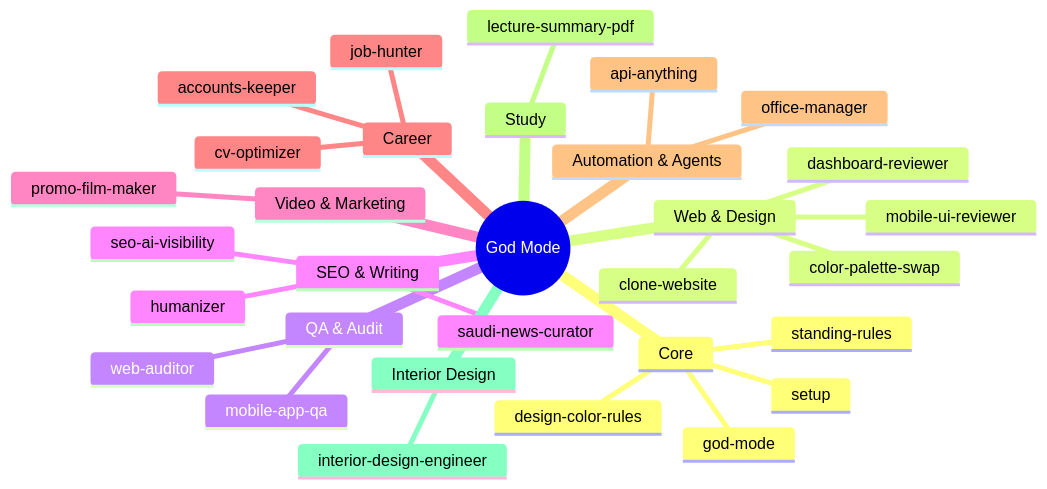
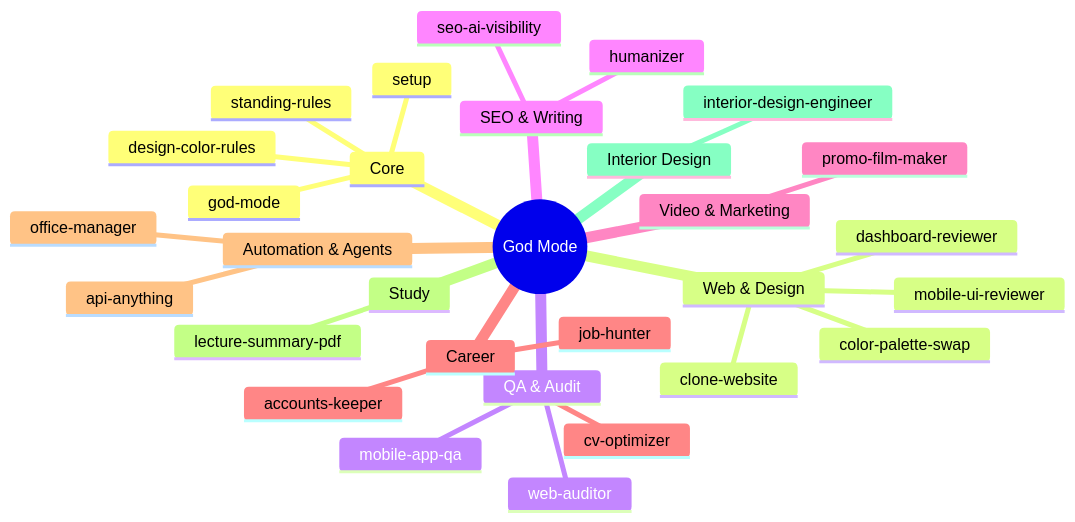
The third of 3 diagrams in README.md (Eng-Kirolos-Ehab/god-mode), drawn with Mermaid before and after one commit. The commit also changed other lines of this file and 17 other files, not shown here.

First line of the commit message:
God Mode 2.0.1: remove saudi-news-curator

````diff
--- a/README.md
+++ b/README.md
@@ -232,34 +232,33 @@
 ```mermaid
 mindmap
   root((God Mode))
     Core
       god-mode
       setup
       standing-rules
       design-color-rules
     Web & Design
       clone-website
       color-palette-swap
       mobile-ui-reviewer
       dashboard-reviewer
     QA & Audit
       mobile-app-qa
       web-auditor
     SEO & Writing
       seo-ai-visibility
       humanizer
-      saudi-news-curator
     Video & Marketing
       promo-film-maker
     Career
       cv-optimizer
       job-hunter
       accounts-keeper
     Automation & Agents
       api-anything
       office-manager
     Study
       lecture-summary-pdf
     Interior Design
       interior-design-engineer
 ```
````
